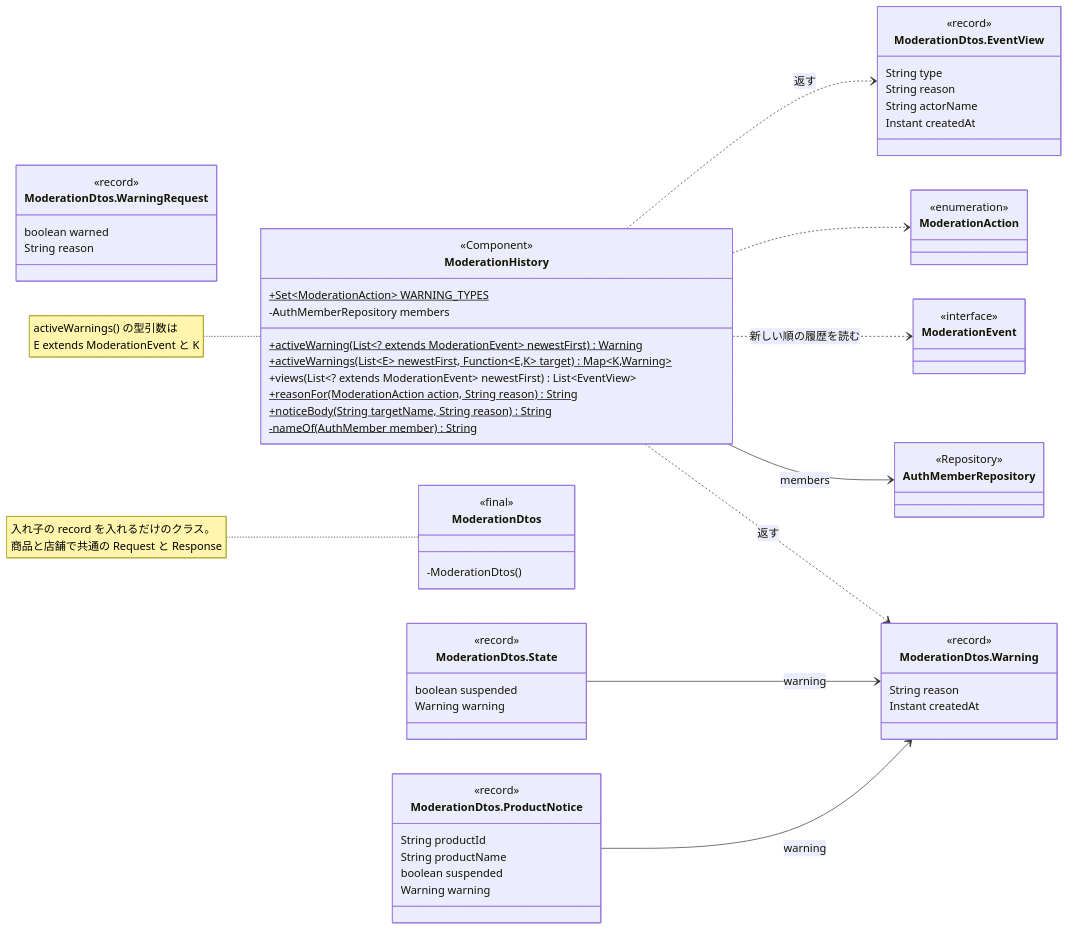
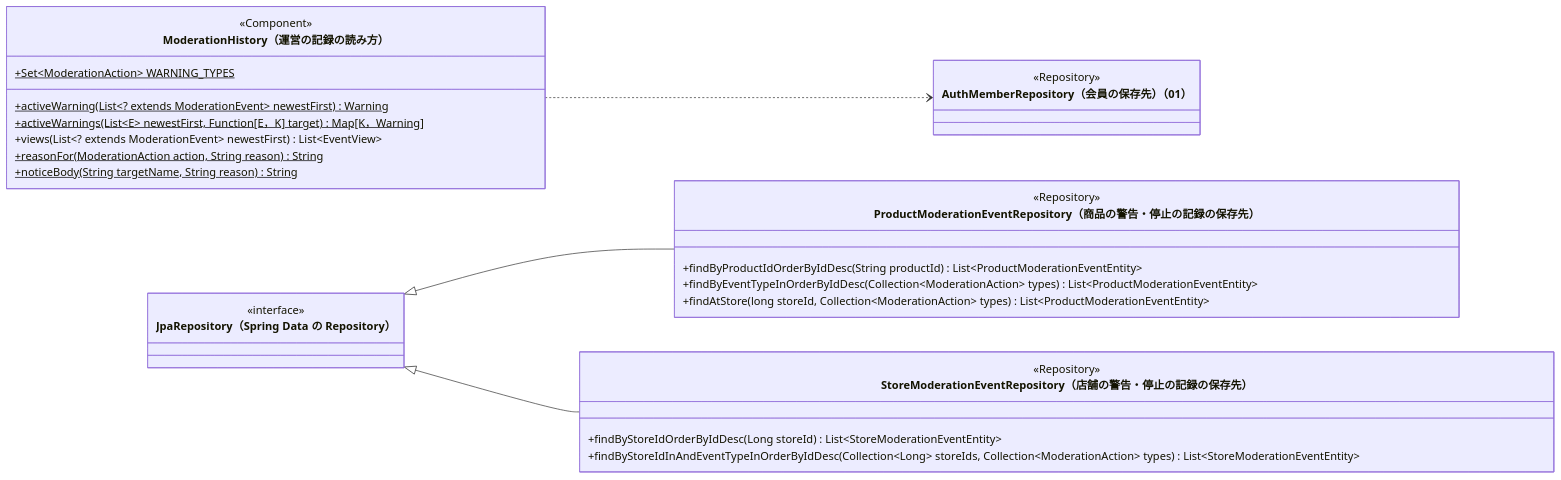
The fourth of 7 diagrams in クラス図/kusakari-ec/07_通知と運営の記録.md (abeouga/kusakari-document), drawn with Mermaid before and after one commit. The commit also changed other lines of this file and 87 other files, not shown here.

Commit message:
EC のクラス図に全体図を足し、詳細図をデータとモジュールの図に分けて書き直す

````diff
--- a/クラス図/kusakari-ec/07_通知と運営の記録.md
+++ b/クラス図/kusakari-ec/07_通知と運営の記録.md
@@ -314,66 +309,33 @@
 ```mermaid
 classDiagram
     direction LR
-    class ModerationHistory {
+    class ModerationHistory["ModerationHistory（運営の記録の読み方）"] {
         <<Component>>
         +Set~ModerationAction~ WARNING_TYPES$
-        -AuthMemberRepository members
         +activeWarning(List~? extends ModerationEvent~ newestFirst)$ Warning
-        +activeWarnings(List~E~ newestFirst, Function~E,K~ target)$ Map~K,Warning~
+        +activeWarnings(List~E~ newestFirst, Function[E，K] target)$ Map[K，Warning]
         +views(List~? extends ModerationEvent~ newestFirst) List~EventView~
         +reasonFor(ModerationAction action, String reason)$ String
         +noticeBody(String targetName, String reason)$ String
-        -nameOf(AuthMember member)$ String
     }
-    class ModerationDtos {
-        <<final>>
-        -ModerationDtos()
+    class AuthMemberRepository["AuthMemberRepository（会員の保存先）（01）"] {
+        <<Repository>>
     }
-    class Warning["ModerationDtos.Warning"] {
-        <<record>>
-        String reason
-        Instant createdAt
+    class ProductModerationEventRepository["ProductModerationEventRepository（商品の警告・停止の記録の保存先）"] {
+        <<Repository>>
+        +findByProductIdOrderByIdDesc(String productId) List~ProductModerationEventEntity~
+        +findByEventTypeInOrderByIdDesc(Collection~ModerationAction~ types) List~ProductModerationEventEntity~
+        +findAtStore(long storeId, Collection~ModerationAction~ types) List~ProductModerationEventEntity~
     }
-    class EventView["ModerationDtos.EventView"] {
-        <<record>>
-        String type
-        String reason
-        String actorName
-        Instant createdAt
+    class StoreModerationEventRepository["StoreModerationEventRepository（店舗の警告・停止の記録の保存先）"] {
+        <<Repository>>
+        +findByStoreIdOrderByIdDesc(Long storeId) List~StoreModerationEventEntity~
+        +findByStoreIdInAndEventTypeInOrderByIdDesc(Collection~Long~ storeIds, Collection~ModerationAction~ types) List~StoreModerationEventEntity~
     }
-    class State["ModerationDtos.State"] {
-        <<record>>
-        boolean suspended
-        Warning warning
-    }
-    class WarningRequest["ModerationDtos.WarningRequest"] {
-        <<record>>
-        boolean warned
-        String reason
-    }
-    class ProductNotice["ModerationDtos.ProductNotice"] {
-        <<record>>
-        String productId
-        String productName
-        boolean suspended
-        Warning warning
-    }
-    class ModerationEvent {
+    class JpaRepository["JpaRepository（Spring Data の Repository）"] {
         <<interface>>
     }
-    class ModerationAction {
-        <<enumeration>>
-    }
-    class AuthMemberRepository {
-        <<Repository>>
-    }
-    ModerationHistory --> AuthMemberRepository : members
-    ModerationHistory ..> ModerationEvent : 新しい順の履歴を読む
-    ModerationHistory ..> ModerationAction
-    ModerationHistory ..> Warning : 返す
-    ModerationHistory ..> EventView : 返す
-    State --> Warning : warning
-    ProductNotice --> Warning : warning
-    note for ModerationDtos "入れ子の record を入れるだけのクラス。<br/>商品と店舗で共通の Request と Response"
-    note for ModerationHistory "activeWarnings() の型引数は<br/>E extends ModerationEvent と K"
+    ModerationHistory ..> AuthMemberRepository
+    JpaRepository <|-- ProductModerationEventRepository
+    JpaRepository <|-- StoreModerationEventRepository
 ```
````
